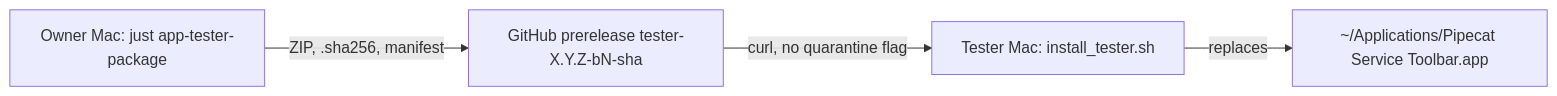
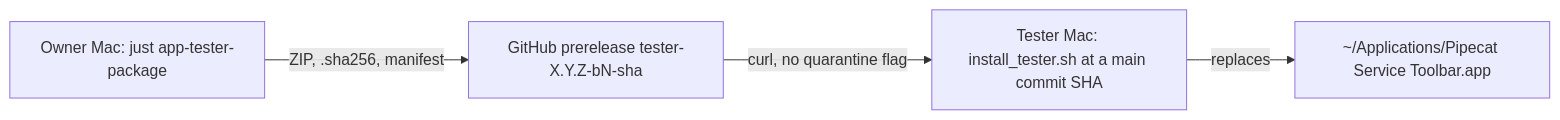
The first of 2 diagrams in docs/plans/20261121-feature-selfsigned-tester-channel.md (pipecat-ai/pipecat-service-toolbar), drawn with Mermaid before and after one commit. The commit also changed other lines of this file and 1 other file, not shown here.

Commit message:
docs: apply review-plan findings to self-signed tester plan, add Apple plan pointer

````diff
--- a/docs/plans/20261121-feature-selfsigned-tester-channel.md
+++ b/docs/plans/20261121-feature-selfsigned-tester-channel.md
@@ -190,6 +320,6 @@
 ```mermaid
 graph LR
   OWN["Owner Mac: just app-tester-package"] -->|"ZIP, .sha256, manifest"| REL["GitHub prerelease tester-X.Y.Z-bN-sha"]
-  REL -->|"curl, no quarantine flag"| INS["Tester Mac: install_tester.sh"]
+  REL -->|"curl, no quarantine flag"| INS["Tester Mac: install_tester.sh at a main commit SHA"]
   INS -->|"replaces"| APP["~/Applications/Pipecat Service Toolbar.app"]
 ```
````
